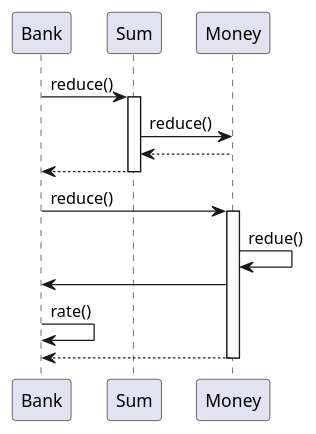
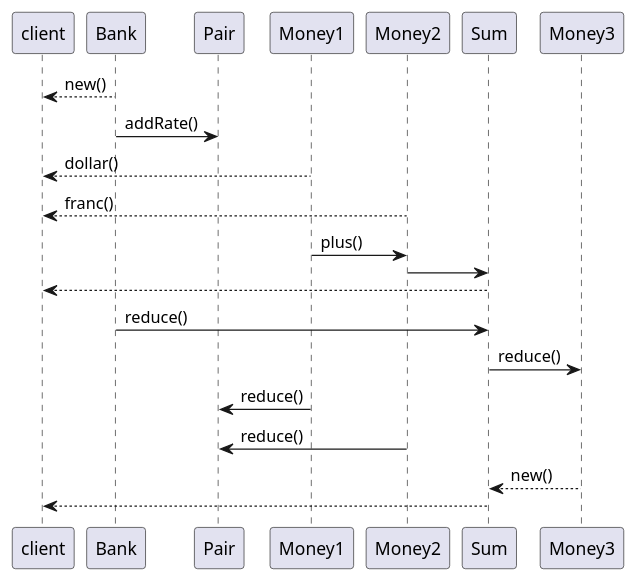
One commit to k2works/etude_for_java changed the second of 2 diagrams in docs/src/TDD.md. Above: the diagram before and after it, drawn with PlantUML. The commit also changed other lines of this file and 6 other files, not shown here.

````diff
--- a/docs/src/TDD.md
+++ b/docs/src/TDD.md
@@ -95,15 +95,15 @@
 ```puml
+client <-- Bank :new()
+Bank -> Pair :addRate()
+client <-- Money1 :dollar()
+client <-- Money2 :franc()
+Money1 -> Money2 :plus()
+Money2 -> Sum
+client <-- Sum
 Bank -> Sum :reduce()
-activate Sum  
-  Sum -> Money :reduce()  
-  Sum <-- Money
-  Bank <-- Sum  
-deactivate Sum
-Bank -> Money :reduce()  
-activate Money
-  Money -> Money :redue()
-  Money -> Bank
-  Bank -> Bank :rate()
-  Money --> Bank
-deactivate Money
+Sum -> Money3 :reduce()
+Money1 -> Pair :reduce()
+Money2 -> Pair :reduce()
+Sum <-- Money3 :new()
+client <-- Sum
 ```
````
